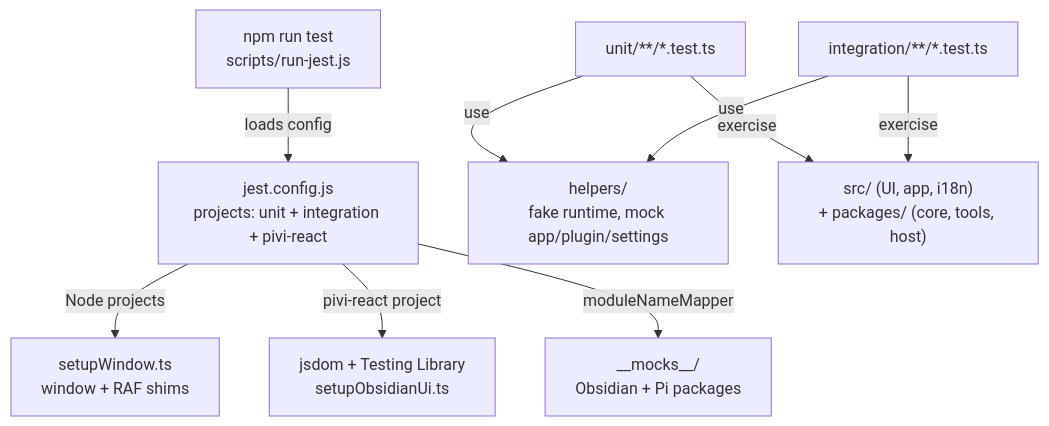
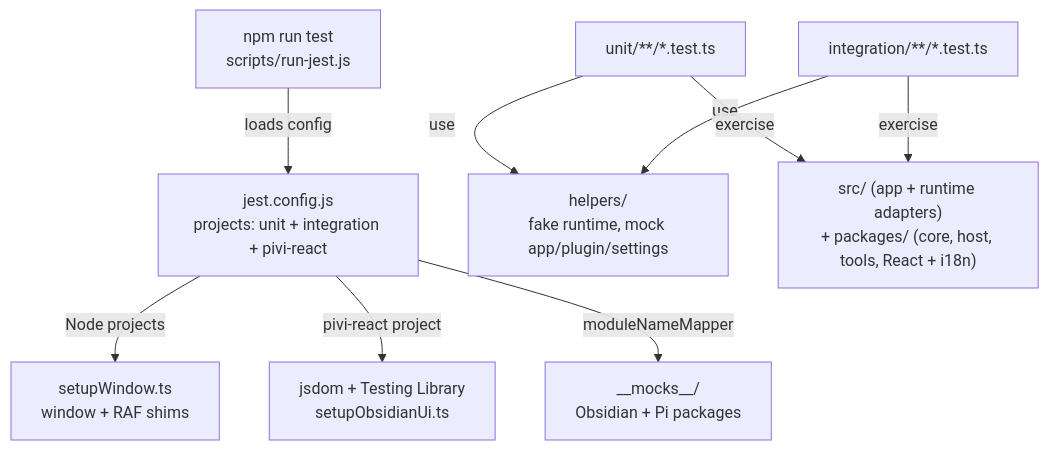
The diagram in tests/AGENTS.md (shuuul/obsidian-pivi), drawn with Mermaid before and after one commit. The commit also changed other lines of this file and 139 other files, not shown here.

````diff
--- a/tests/AGENTS.md
+++ b/tests/AGENTS.md
@@ -9,11 +9,11 @@
 ```mermaid
 flowchart TD
   Runner["npm run test<br/>scripts/run-jest.js"] -- "loads config" --> Jest["jest.config.js<br/>projects: unit + integration + pivi-react"]
   Jest -- "Node projects" --> Window["setupWindow.ts<br/>window + RAF shims"]
   Jest -- "pivi-react project" --> React["jsdom + Testing Library<br/>setupObsidianUi.ts"]
   Jest -- "moduleNameMapper" --> Mocks["__mocks__/<br/>Obsidian + Pi packages"]
   Unit["unit/**/*.test.ts"] -- "use" --> Helpers["helpers/<br/>fake runtime, mock app/plugin/settings"]
   Integration["integration/**/*.test.ts"] -- "use" --> Helpers
-  Unit -- "exercise" --> Codebase["src/ (UI, app, i18n)<br/>+ packages/ (core, tools, host)"]
+  Unit -- "exercise" --> Codebase["src/ (app + runtime adapters)<br/>+ packages/ (core, host, tools, React + i18n)"]
   Integration -- "exercise" --> Codebase
 ```
````
